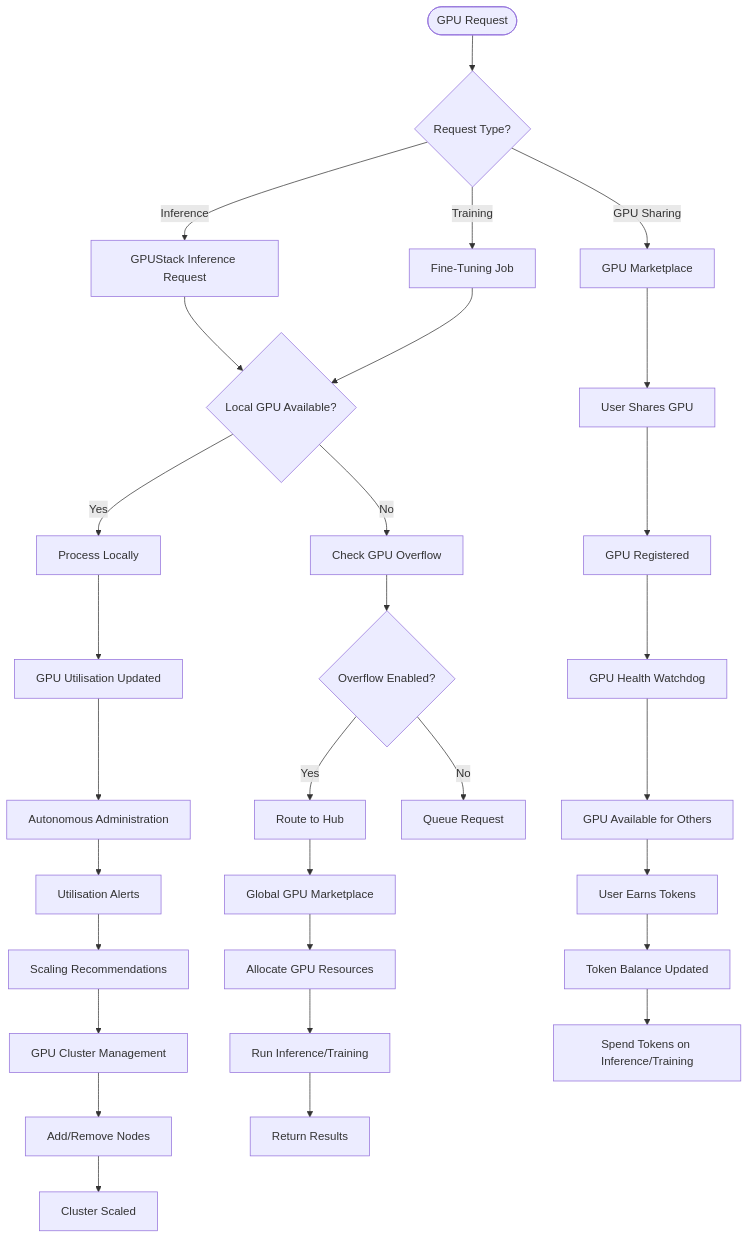
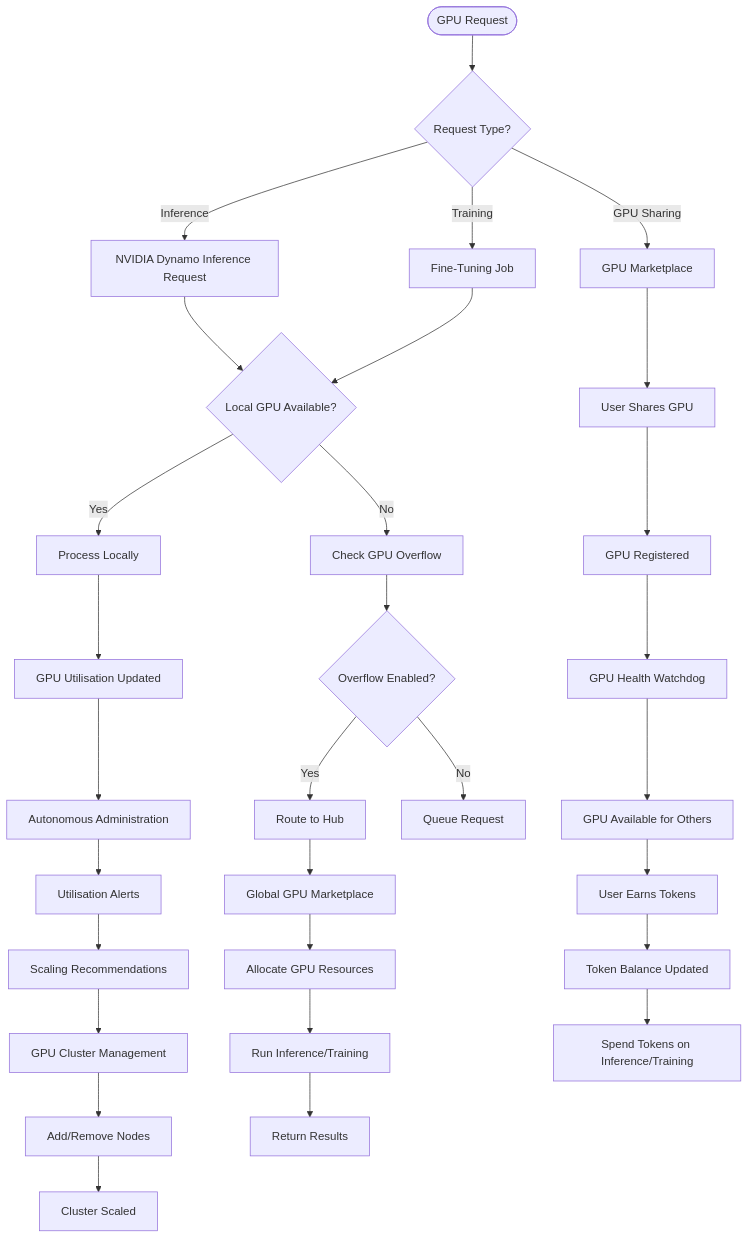
The tenth of 17 diagrams in README.md (nettrades/nettrades-platform), drawn with Mermaid before and after one commit. The commit also changed other lines of this file, not shown here.

Commit message:
removed GPUStack and replaced it with NVIDIA Dynamo

````diff
--- a/README.md
+++ b/README.md
@@ -1261,41 +1261,41 @@
 ```mermaid
 graph TD
     START([GPU Request]) --> A{Request Type?}
 
-    A -->|Inference| B[GPUStack Inference Request]
+    A -->|Inference| B[NVIDIA Dynamo Inference Request]
     A -->|Training| C[Fine-Tuning Job]
     A -->|GPU Sharing| D[GPU Marketplace]
 
     B --> E{Local GPU Available?}
     C --> E
 
     E -->|Yes| F[Process Locally]
     E -->|No| G[Check GPU Overflow]
     G --> H{Overflow Enabled?}
 
     H -->|Yes| I[Route to Hub]
     H -->|No| J[Queue Request]
     I --> K[Global GPU Marketplace]
 
     K --> L[Allocate GPU Resources]
     L --> M[Run Inference/Training]
     M --> N[Return Results]
 
     D --> O[User Shares GPU]
     O --> P[GPU Registered]
     P --> Q[GPU Health Watchdog]
     Q --> R[GPU Available for Others]
 
     R --> S[User Earns Tokens]
     S --> T[Token Balance Updated]
     T --> U[Spend Tokens on Inference/Training]
 
     F --> V[GPU Utilisation Updated]
     V --> W[Autonomous Administration]
     W --> X[Utilisation Alerts]
     X --> Y[Scaling Recommendations]
 
     Y --> Z[GPU Cluster Management]
     Z --> AA[Add/Remove Nodes]
     AA --> AB[Cluster Scaled]
 ```
````
